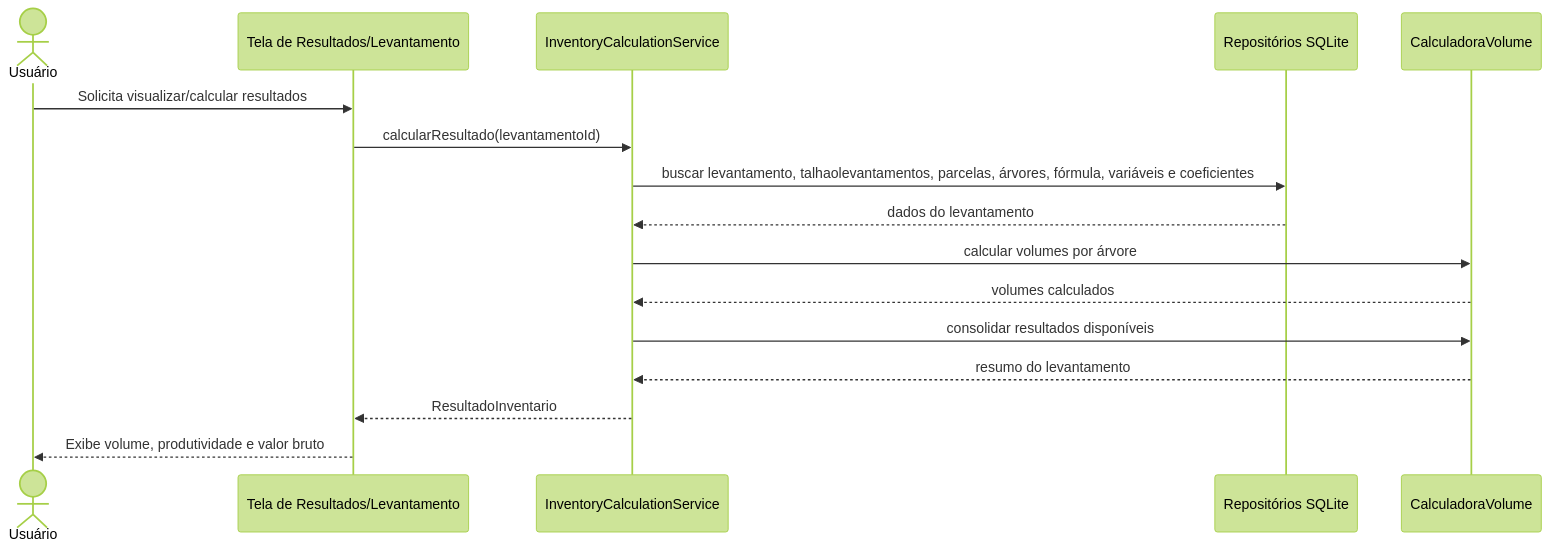
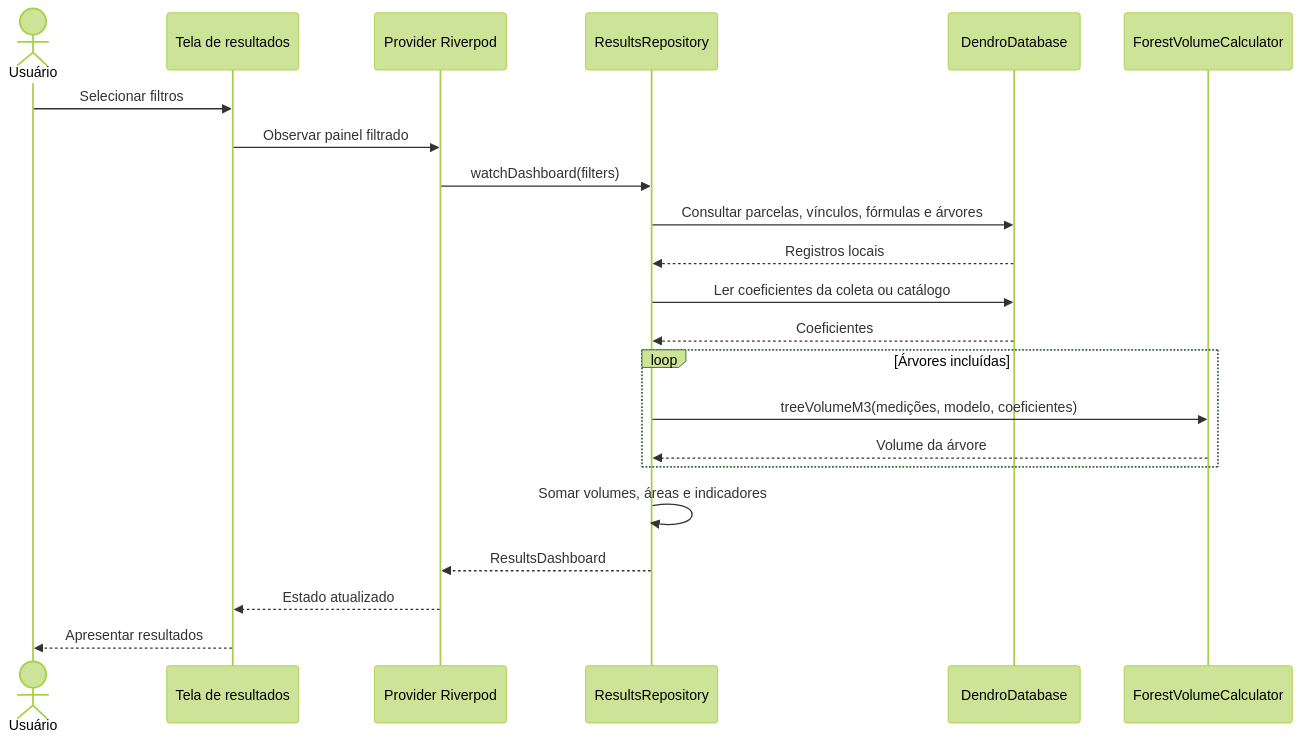
Before and after one commit to mateushernandes10-droid/dendro_mobile: the seventh of 8 diagrams in tcc_codex_context/docs/ENGINEERING_MODELS.md, drawn with Mermaid (forest theme). The commit also changed other lines of this file and 19 other files, not shown here.

````diff
--- a/tcc_codex_context/docs/ENGINEERING_MODELS.md
+++ b/tcc_codex_context/docs/ENGINEERING_MODELS.md
@@ -715,19 +390,24 @@
 ```mermaid
 sequenceDiagram
-    actor Usuario as Usuário
-    participant Tela as Tela de Resultados/Levantamento
-    participant Servico as InventoryCalculationService
-    participant Repo as Repositórios SQLite
-    participant Calc as CalculadoraVolume
-
-    Usuario->>Tela: Solicita visualizar/calcular resultados
-    Tela->>Servico: calcularResultado(levantamentoId)
-    Servico->>Repo: buscar levantamento, talhaolevantamentos, parcelas, árvores, fórmula, variáveis e coeficientes
-    Repo-->>Servico: dados do levantamento
-    Servico->>Calc: calcular volumes por árvore
-    Calc-->>Servico: volumes calculados
-    Servico->>Calc: consolidar resultados disponíveis
-    Calc-->>Servico: resumo do levantamento
-    Servico-->>Tela: ResultadoInventario
-    Tela-->>Usuario: Exibe volume, produtividade e valor bruto
+    actor U as Usuário
+    participant T as Tela de resultados
+    participant P as Provider Riverpod
+    participant R as ResultsRepository
+    participant D as DendroDatabase
+    participant C as ForestVolumeCalculator
+    U->>T: Selecionar filtros
+    T->>P: Observar painel filtrado
+    P->>R: watchDashboard(filters)
+    R->>D: Consultar parcelas, vínculos, fórmulas e árvores
+    D-->>R: Registros locais
+    R->>D: Ler coeficientes da coleta ou catálogo
+    D-->>R: Coeficientes
+    loop Árvores incluídas
+        R->>C: treeVolumeM3(medições, modelo, coeficientes)
+        C-->>R: Volume da árvore
+    end
+    R->>R: Somar volumes, áreas e indicadores
+    R-->>P: ResultsDashboard
+    P-->>T: Estado atualizado
+    T-->>U: Apresentar resultados
 ```
````
